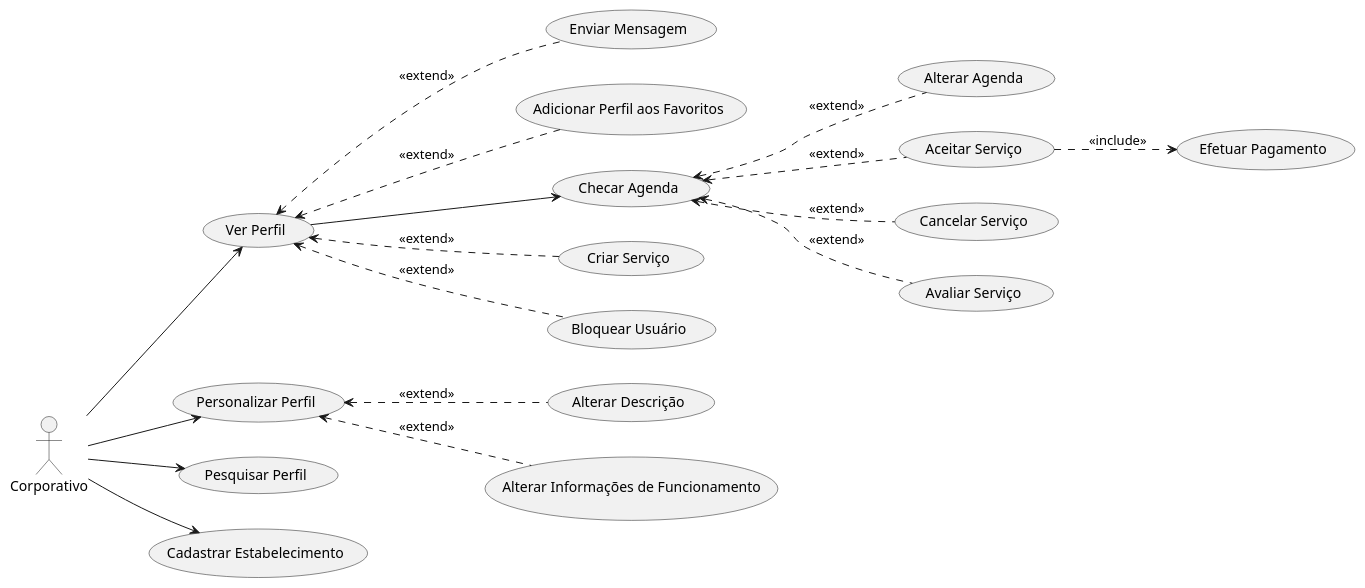
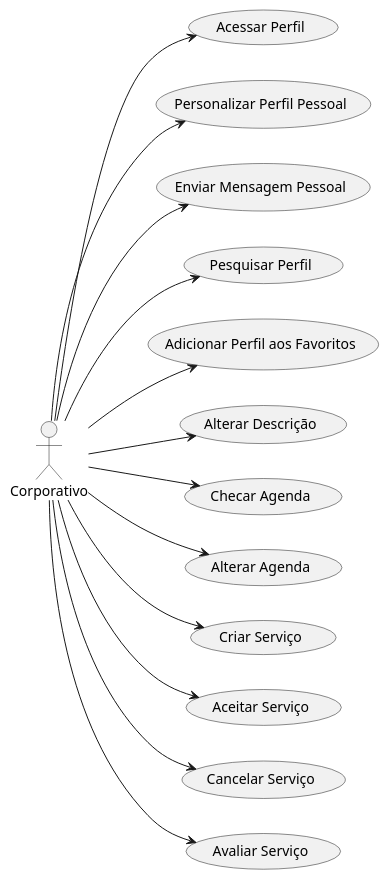
One commit to TheKrauser/Engenharia-Software-II changed the diagram in docs/Casos de Uso/Corporativo.puml. Above: the diagram before and after it, drawn with PlantUML. The commit also changed 13 other files, not shown here.

Commit message:
Diagramas e Casos de Uso

```diff
--- a/docs/Casos de Uso/Corporativo.puml
+++ b/docs/Casos de Uso/Corporativo.puml
@@ -1,45 +1,34 @@
 @startuml "Corporativo"
 'skinparam actorStyle awesome
 'skinparam linetype ortho
 left to right direction
 
 actor Corporativo as C
 
-usecase "Ver Perfil" as verPerfil
-usecase "Personalizar Perfil" as personalizarPerfil
-usecase "Enviar Mensagem" as enviarMensagem
+usecase "Acessar Perfil" as acessarPerfil
+usecase "Personalizar Perfil Pessoal" as personalizarPerfil
+usecase "Enviar Mensagem Pessoal" as enviarMensagem
 usecase "Pesquisar Perfil" as pesquisarPerfil
 usecase "Adicionar Perfil aos Favoritos" as adicionarFavoritos
 usecase "Alterar Descrição" as alterarDescricao
-usecase "Alterar Informações de Funcionamento" as alterarFuncionamento
 usecase "Checar Agenda" as checarAgenda
 usecase "Alterar Agenda" as alterarAgenda
-usecase "Efetuar Pagamento" as efetuarPagamento
 usecase "Criar Serviço" as criarServico
 usecase "Aceitar Serviço" as aceitarServico
 usecase "Cancelar Serviço" as cancelarServico
 usecase "Avaliar Serviço" as avaliarServico
-usecase "Bloquear Usuário" as bloquearUsuario
-usecase "Cadastrar Estabelecimento" as cadastrarEstabelecimento
 
-C --> verPerfil
+C --> acessarPerfil
 C --> personalizarPerfil
-'personalizarPerfil --> alterarDescricao
-'personalizarPerfil --> alterarFuncionamento
-verPerfil --> checarAgenda
-checarAgenda <.. alterarAgenda : <<extend>>
-checarAgenda <.. aceitarServico : <<extend>>
-checarAgenda <.. cancelarServico : <<extend>>
-checarAgenda <.. avaliarServico : <<extend>>
-aceitarServico ..> efetuarPagamento : <<include>>
+C --> checarAgenda
+C --> alterarAgenda
+C --> aceitarServico
+C --> cancelarServico
+C --> avaliarServico
 C --> pesquisarPerfil
-verPerfil <.. adicionarFavoritos : <<extend>>
-verPerfil <.. enviarMensagem : <<extend>>
-verPerfil <.. criarServico : <<extend>>
-verPerfil <.. bloquearUsuario : <<extend>>
-C --> cadastrarEstabelecimento
-
-personalizarPerfil <.. alterarDescricao : <<extend>>
-personalizarPerfil <.. alterarFuncionamento : <<extend>>
+C --> adicionarFavoritos
+C --> enviarMensagem
+C --> criarServico
+C --> alterarDescricao
 
 @enduml
```
